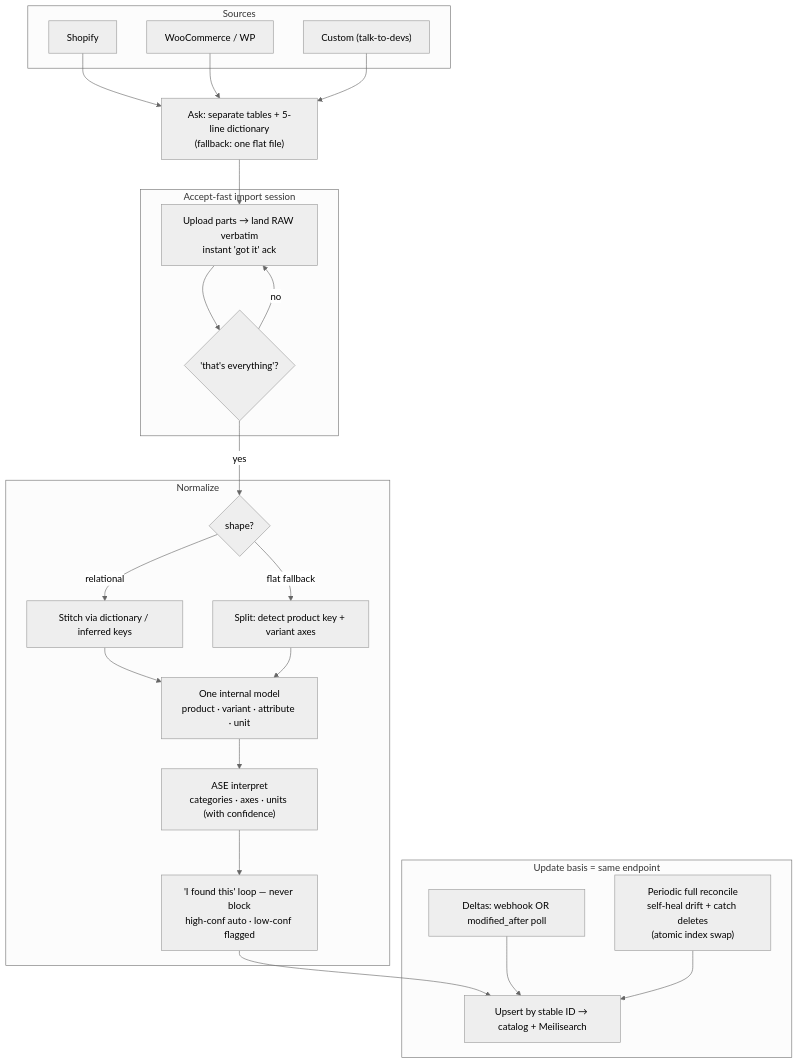
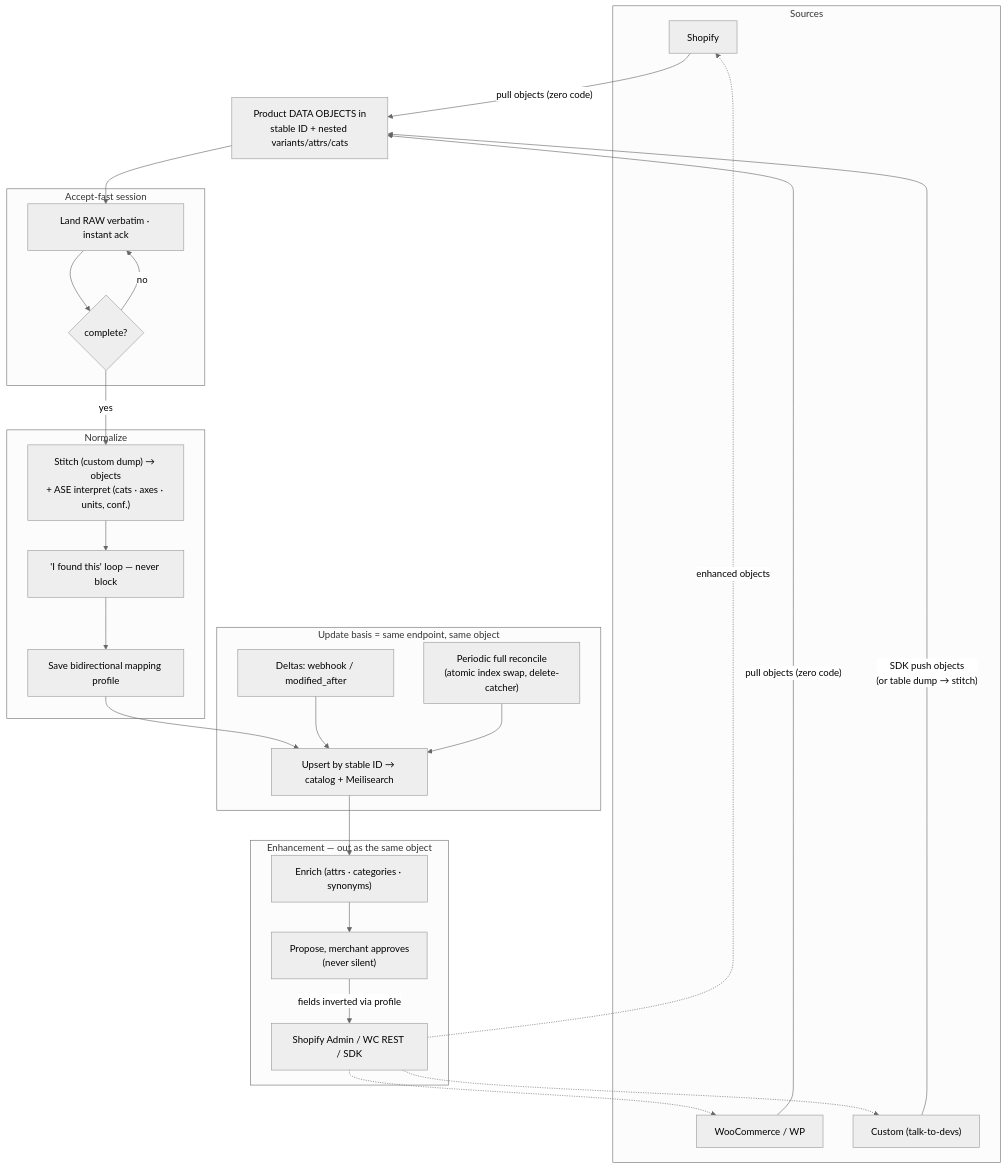
The first of 2 diagrams in docs/design/bulk-intake.md (grolabsai/grolabs-app), drawn with Mermaid (neutral theme) before and after one commit. The commit also changed other lines of this file and 1 other file, not shown here.

First line of the commit message:
docs(design): pivot bulk-intake to bidirectional product data objects

````diff
--- a/docs/design/bulk-intake.md
+++ b/docs/design/bulk-intake.md
@@ -219,36 +241,40 @@
 ```mermaid
 flowchart TD
   subgraph Sources
     SH["Shopify"]
     WC["WooCommerce / WP"]
     CU["Custom (talk-to-devs)"]
   end
 
-  SH --> ASK
-  WC --> ASK
-  CU --> ASK
-  ASK["Ask: separate tables + 5-line dictionary<br/>(fallback: one flat file)"] --> SESS
+  SH -->|"pull objects (zero code)"| INGEST
+  WC -->|"pull objects (zero code)"| INGEST
+  CU -->|"SDK push objects<br/>(or table dump → stitch)"| INGEST
+  INGEST["Product DATA OBJECTS in<br/>stable ID + nested variants/attrs/cats"] --> SESS
 
-  subgraph Intake["Accept-fast import session"]
-    SESS["Upload parts → land RAW verbatim<br/>instant 'got it' ack"] --> DONE{"'that's everything'?"}
+  subgraph Intake["Accept-fast session"]
+    SESS["Land RAW verbatim · instant ack"] --> DONE{"complete?"}
   end
   DONE -- no --> SESS
-  DONE -- yes --> RESHAPE
+  DONE -- yes --> NORM
 
   subgraph Normalize
-    RESHAPE{"shape?"}
-    RESHAPE -- "relational" --> STITCH["Stitch via dictionary / inferred keys"]
-    RESHAPE -- "flat fallback" --> SPLIT["Split: detect product key + variant axes"]
-    STITCH --> MODEL["One internal model<br/>product · variant · attribute · unit"]
-    SPLIT --> MODEL
-    MODEL --> INTERP["ASE interpret<br/>categories · axes · units (with confidence)"]
-    INTERP --> CONFIRM["'I found this' loop — never block<br/>high-conf auto · low-conf flagged"]
+    NORM["Stitch (custom dump) → objects<br/>+ ASE interpret (cats · axes · units, conf.)"] --> CONFIRM["'I found this' loop — never block"]
+    CONFIRM --> PROFILE["Save bidirectional mapping profile"]
   end
 
-  CONFIRM --> UPSERT["Upsert by stable ID → catalog + Meilisearch"]
+  PROFILE --> UPSERT["Upsert by stable ID → catalog + Meilisearch"]
 
-  subgraph Sync["Update basis = same endpoint"]
-    DELTA["Deltas: webhook OR modified_after poll"] --> UPSERT
-    RECON["Periodic full reconcile<br/>self-heal drift + catch deletes<br/>(atomic index swap)"] --> UPSERT
+  subgraph Sync["Update basis = same endpoint, same object"]
+    DELTA["Deltas: webhook / modified_after"] --> UPSERT
+    RECON["Periodic full reconcile<br/>(atomic index swap, delete-catcher)"] --> UPSERT
   end
+
+  subgraph Writeback["Enhancement — out as the same object"]
+    ENH["Enrich (attrs · categories · synonyms)"] --> PROPOSE["Propose, merchant approves<br/>(never silent)"]
+    PROPOSE -->|"fields inverted via profile"| OUT["Shopify Admin / WC REST / SDK"]
+  end
+  UPSERT --> ENH
+  OUT -.->|"enhanced objects"| SH
+  OUT -.-> WC
+  OUT -.-> CU
 ```
````
